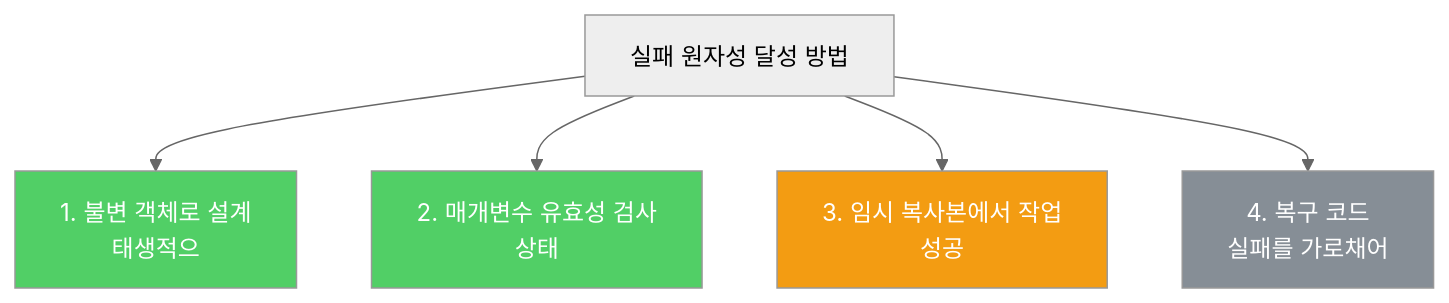
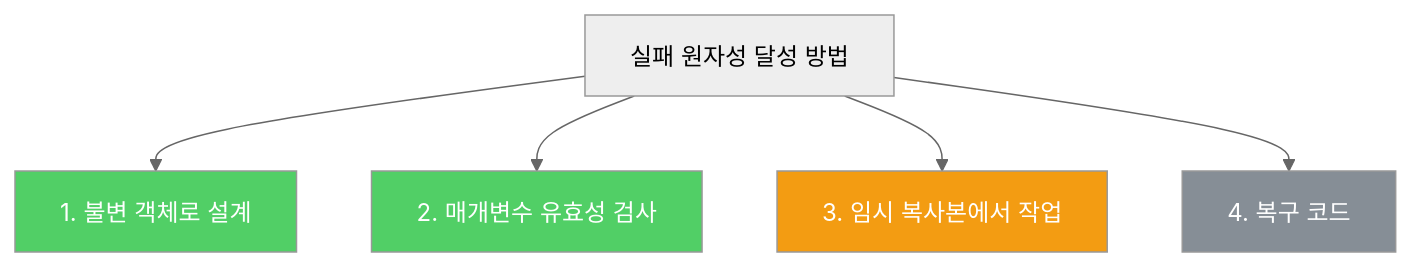
The diagram in _posts/java/2022-02-21-effective-java76.md (yjkim2015/yjkim2015.github.io), drawn with Mermaid (neutral theme) before and after one commit. The commit also changed 217 other files, not shown here.

First line of the commit message:
Mermaid 크기 수정: useMaxWidth:true + SVG max-width:100% + 라벨 축소

````diff
--- a/_posts/java/2022-02-21-effective-java76.md
+++ b/_posts/java/2022-02-21-effective-java76.md
@@ -44,11 +44,11 @@
 ```mermaid
 graph TD
-    A["실패 원자성 달성 방법"] --> B["1. 불변 객체로 설계\n태생적으"]
-    A --> C["2. 매개변수 유효성 검사\n상태"]
-    A --> D["3. 임시 복사본에서 작업\n성공"]
-    A --> E["4. 복구 코드\n실패를 가로채어"]
+    A["실패 원자성 달성 방법"] --> B["1. 불변 객체로 설계"]
+    A --> C["2. 매개변수 유효성 검사"]
+    A --> D["3. 임시 복사본에서 작업"]
+    A --> E["4. 복구 코드"]
     style B fill:#51cf66,color:#fff
     style C fill:#51cf66,color:#fff
     style D fill:#f39c12,color:#fff
     style E fill:#868e96,color:#fff
 ```
````
